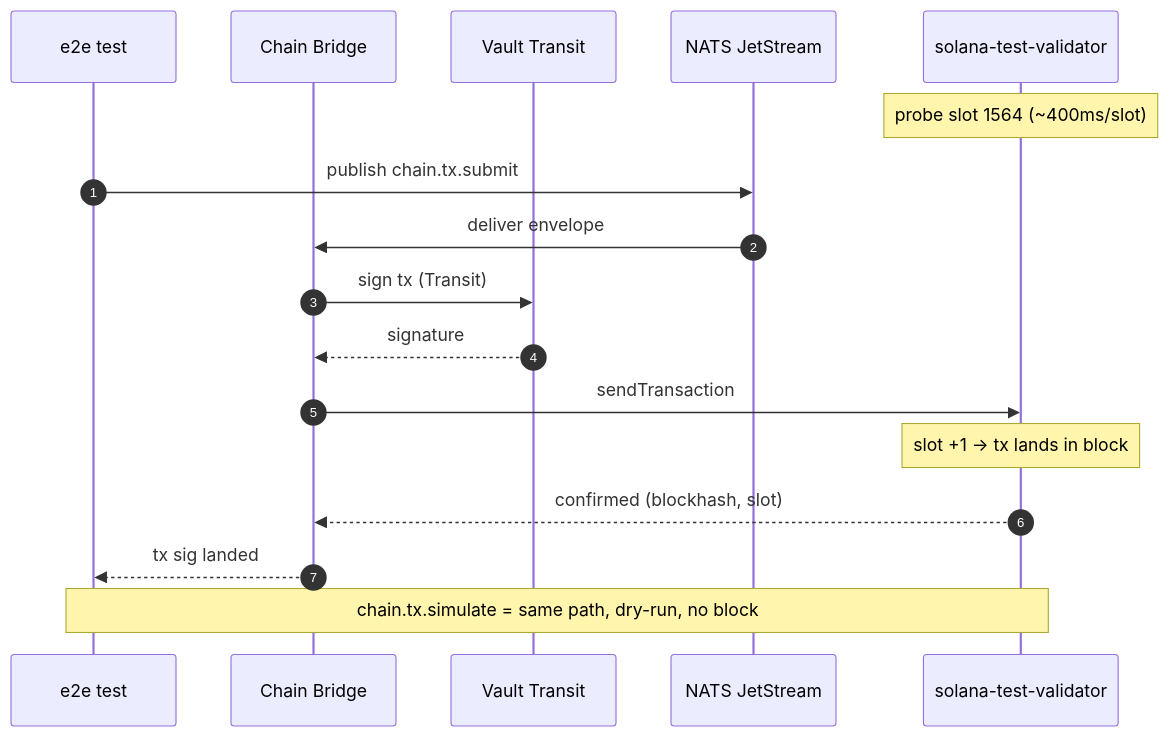
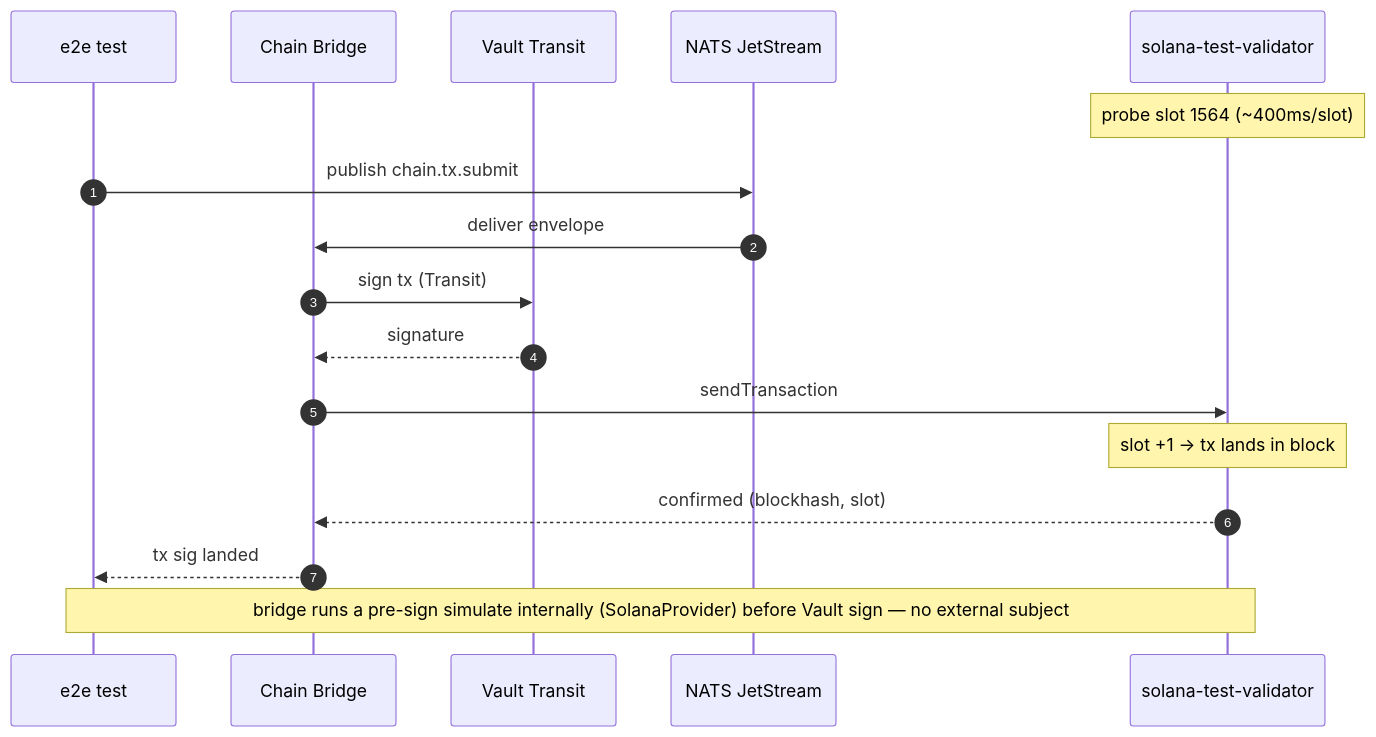
The first of 3 diagrams in docs/e2e-cross-service-communication.md (NakaSato/gridtokenx-coresystem), drawn with Mermaid before and after one commit. The commit also changed 3 other files, not shown here.

First line of the commit message:
refactor: remove dead chain.tx.simulate tx surface

````diff
--- a/docs/e2e-cross-service-communication.md
+++ b/docs/e2e-cross-service-communication.md
@@ -114,20 +114,20 @@
 ```mermaid
 sequenceDiagram
     autonumber
     participant T as e2e test
     participant CB as Chain Bridge
     participant V as Vault Transit
     participant N as NATS JetStream
     participant SOL as solana-test-validator
 
     Note over SOL: probe slot 1564 (~400ms/slot)
     T->>N: publish chain.tx.submit
     N->>CB: deliver envelope
     CB->>V: sign tx (Transit)
     V-->>CB: signature
     CB->>SOL: sendTransaction
     Note over SOL: slot +1 → tx lands in block
     SOL-->>CB: confirmed (blockhash, slot)
     CB-->>T: tx sig landed
-    Note over T,SOL: chain.tx.simulate = same path, dry-run, no block
+    Note over T,SOL: bridge runs a pre-sign simulate internally (SolanaProvider) before Vault sign — no external subject
 ```
````
